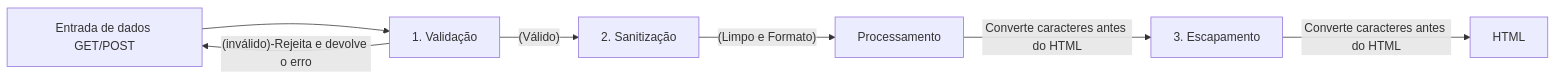
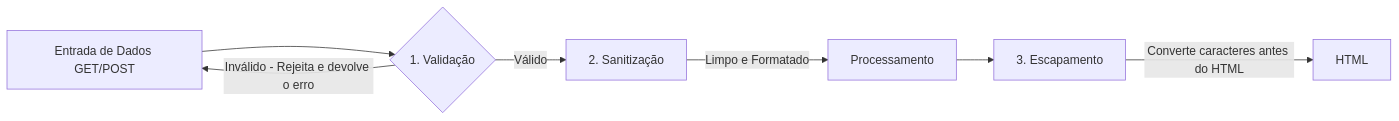
Before and after one commit to juliamenoni/Back-End: the ninth of 28 diagrams in README.md, drawn with Mermaid. The commit also changed other lines of this file and 62 other files, not shown here.

````diff
--- a/README.md
+++ b/README.md
@@ -933,17 +959,17 @@
 ```mermaid
+flowchart  LR
 
-flowchart LR
-    A[Entrada de dados GET/POST]
-    B[1. Validação]
+    A[Entrada de Dados GET/POST] 
+    B{1. Validação}
     C[2. Sanitização]
     D[Processamento]
     E[3. Escapamento]
     F[HTML]
 
     A --> B
-    B -- (inválido)-Rejeita e devolve o erro --> A
-    B -- (Válido) --> C
-    C -- (Limpo e Formato) --> D
-    D -- Converte caracteres antes do HTML --> E
+    B -- Inválido - Rejeita e devolve o erro --> A
+    B -- Válido --> C
+    C -- Limpo e Formatado --> D
+    D --> E
     E -- Converte caracteres antes do HTML --> F
 ```
````
